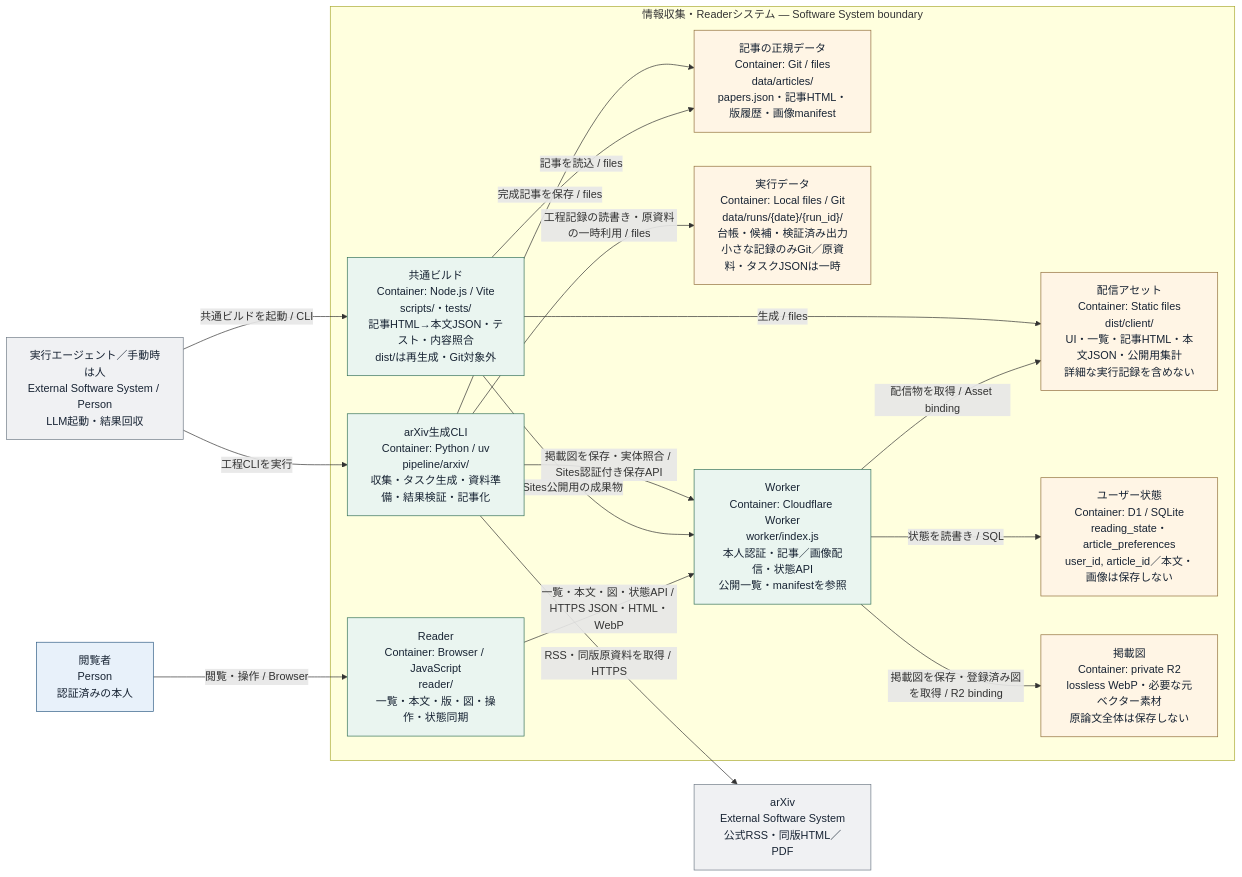
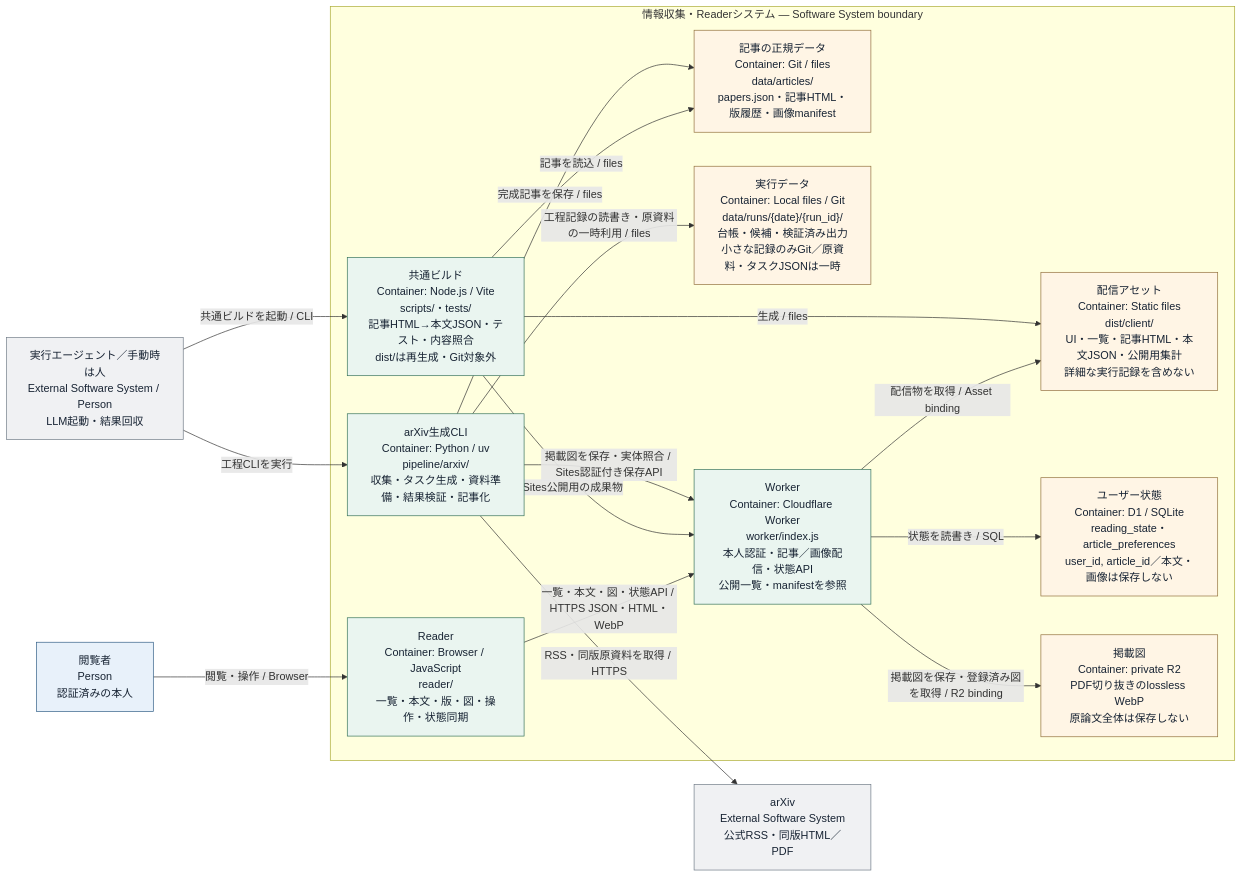
One commit to hommage-ebi/ai-platform-feedreader-open changed the diagram in docs/publishing.md. Above: the diagram before and after it, drawn with Mermaid. The commit also changed other lines of this file and 18 other files, not shown here.

````diff
--- a/docs/publishing.md
+++ b/docs/publishing.md
@@ -9,36 +9,36 @@
 ```mermaid
 flowchart LR
     agent["実行エージェント／手動時は人<br/>External Software System / Person<br/>LLM起動・結果回収"]:::external
     arxiv["arXiv<br/>External Software System<br/>公式RSS・同版HTML／PDF"]:::external
     user["閲覧者<br/>Person<br/>認証済みの本人"]:::person
     subgraph system ["情報収集・Readerシステム — Software System boundary"]
         cli["arXiv生成CLI<br/>Container: Python / uv<br/>pipeline/arxiv/<br/>収集・タスク生成・資料準備・結果検証・記事化"]:::internal
         articles["記事の正規データ<br/>Container: Git / files<br/>data/articles/<br/>papers.json・記事HTML・版履歴・画像manifest"]:::data
         runs["実行データ<br/>Container: Local files / Git<br/>data/runs/{date}/{run_id}/<br/>台帳・候補・検証済み出力<br/>小さな記録のみGit／原資料・タスクJSONは一時"]:::data
         build["共通ビルド<br/>Container: Node.js / Vite<br/>scripts/・tests/<br/>記事HTML→本文JSON・テスト・内容照合<br/>dist/は再生成・Git対象外"]:::internal
         assets["配信アセット<br/>Container: Static files<br/>dist/client/<br/>UI・一覧・記事HTML・本文JSON・公開用集計<br/>詳細な実行記録を含めない"]:::data
         reader["Reader<br/>Container: Browser / JavaScript<br/>reader/<br/>一覧・本文・版・図・操作・状態同期"]:::internal
         worker["Worker<br/>Container: Cloudflare Worker<br/>worker/index.js<br/>本人認証・記事／画像配信・状態API<br/>公開一覧・manifestを参照"]:::internal
         d1["ユーザー状態<br/>Container: D1 / SQLite<br/>reading_state・article_preferences<br/>user_id, article_id／本文・画像は保存しない"]:::data
-        r2["掲載図<br/>Container: private R2<br/>lossless WebP・必要な元ベクター素材<br/>原論文全体は保存しない"]:::data
+        r2["掲載図<br/>Container: private R2<br/>PDF切り抜きのlossless WebP<br/>原論文全体は保存しない"]:::data
         cli -->|"完成記事を保存 / files"| articles
         cli -->|"工程記録の読書き・原資料の一時利用 / files"| runs
         cli -->|"掲載図を保存・実体照合 / Sites認証付き保存API"| worker
         build -->|"記事を読込 / files"| articles
         build -->|"生成 / files"| assets
         build -->|"Sites公開用の成果物"| worker
         reader -->|"一覧・本文・図・状態API / HTTPS JSON・HTML・WebP"| worker
         worker -->|"配信物を取得 / Asset binding"| assets
         worker -->|"状態を読書き / SQL"| d1
         worker -->|"掲載図を保存・登録済み図を取得 / R2 binding"| r2
     end
     agent -->|"工程CLIを実行"| cli
     agent -->|"共通ビルドを起動 / CLI"| build
     cli -->|"RSS・同版原資料を取得 / HTTPS"| arxiv
     user -->|"閲覧・操作 / Browser"| reader
 
     classDef person fill:#e8f1fa,stroke:#315e86,color:#172333
     classDef external fill:#f0f1f3,stroke:#707b87,color:#172333
     classDef internal fill:#eaf5f0,stroke:#36735a,color:#172333
     classDef data fill:#fff5e5,stroke:#92703c,color:#172333
 ```
````
